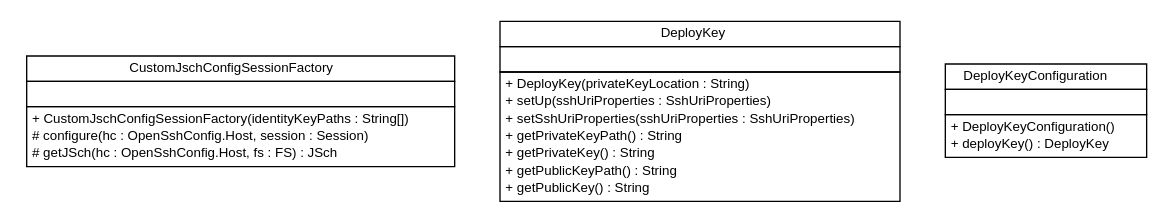
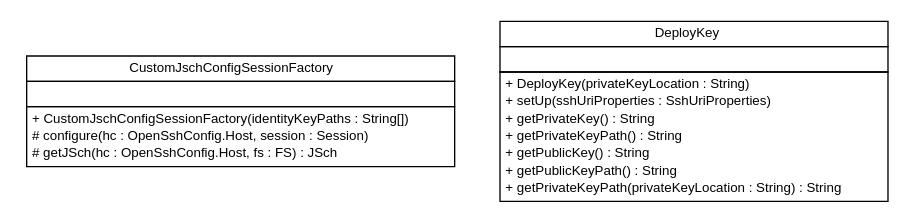
The diagram in snapshot/build-docker/maven-build-java8/spring-cloud-config/spring-cloud-config-server/apidocs/cn/home1/cloud/config/server/ssh/cn.home1.cloud.config.server.ssh.dot (sfeng9d/spring-cloud-config), drawn with Graphviz before and after one commit. The commit also changed 149 other files, not shown here.

Commit message:
Creating site for spring-cloud-config-server-0.0.1-SNAPSHOT

```diff
--- a/snapshot/build-docker/maven-build-java8/spring-cloud-config/spring-cloud-config-server/apidocs/cn/home1/cloud/config/server/ssh/cn.home1.cloud.config.server.ssh.dot
+++ b/snapshot/build-docker/maven-build-java8/spring-cloud-config/spring-cloud-config-server/apidocs/cn/home1/cloud/config/server/ssh/cn.home1.cloud.config.server.ssh.dot
@@ -1,57 +1,44 @@
 #!/usr/local/bin/dot
 #
 # Class diagram 
 # Generated by UMLGraph version R5_6-24-gf6e263 (http://www.umlgraph.org/)
 #
 
 digraph G {
 	edge [fontname="Helvetica",fontsize=10,labelfontname="Helvetica",labelfontsize=10];
 	node [fontname="Helvetica",fontsize=10,shape=plaintext];
 	nodesep=0.25;
 	ranksep=0.5;
 	// cn.home1.cloud.config.server.ssh.CustomJschConfigSessionFactory
-	c82 [label=<<table title="cn.home1.cloud.config.server.ssh.CustomJschConfigSessionFactory" border="0" cellborder="1" cellspacing="0" cellpadding="2" port="p" href="./CustomJschConfigSessionFactory.html">
+	c78 [label=<<table title="cn.home1.cloud.config.server.ssh.CustomJschConfigSessionFactory" border="0" cellborder="1" cellspacing="0" cellpadding="2" port="p" href="./CustomJschConfigSessionFactory.html">
 		<tr><td><table border="0" cellspacing="0" cellpadding="1">
 <tr><td align="center" balign="center"> CustomJschConfigSessionFactory </td></tr>
 		</table></td></tr>
 		<tr><td><table border="0" cellspacing="0" cellpadding="1">
 <tr><td align="left" balign="left">  </td></tr>
 		</table></td></tr>
 		<tr><td><table border="0" cellspacing="0" cellpadding="1">
 <tr><td align="left" balign="left"> + CustomJschConfigSessionFactory(identityKeyPaths : String[]) </td></tr>
 <tr><td align="left" balign="left"> # configure(hc : OpenSshConfig.Host, session : Session) </td></tr>
 <tr><td align="left" balign="left"> # getJSch(hc : OpenSshConfig.Host, fs : FS) : JSch </td></tr>
 		</table></td></tr>
 		</table>>, URL="./CustomJschConfigSessionFactory.html", fontname="Helvetica", fontcolor="black", fontsize=10.0];
 	// cn.home1.cloud.config.server.ssh.DeployKey
-	c83 [label=<<table title="cn.home1.cloud.config.server.ssh.DeployKey" border="0" cellborder="1" cellspacing="0" cellpadding="2" port="p" href="./DeployKey.html">
+	c79 [label=<<table title="cn.home1.cloud.config.server.ssh.DeployKey" border="0" cellborder="1" cellspacing="0" cellpadding="2" port="p" href="./DeployKey.html">
 		<tr><td><table border="0" cellspacing="0" cellpadding="1">
 <tr><td align="center" balign="center"> DeployKey </td></tr>
 		</table></td></tr>
 		<tr><td><table border="0" cellspacing="0" cellpadding="1">
 <tr><td align="left" balign="left">  </td></tr>
 		</table></td></tr>
 		<tr><td><table border="0" cellspacing="0" cellpadding="1">
 <tr><td align="left" balign="left"> + DeployKey(privateKeyLocation : String) </td></tr>
 <tr><td align="left" balign="left"> + setUp(sshUriProperties : SshUriProperties) </td></tr>
-<tr><td align="left" balign="left"> + setSshUriProperties(sshUriProperties : SshUriProperties) </td></tr>
+<tr><td align="left" balign="left"> + getPrivateKey() : String </td></tr>
 <tr><td align="left" balign="left"> + getPrivateKeyPath() : String </td></tr>
-<tr><td align="left" balign="left"> + getPrivateKey() : String </td></tr>
+<tr><td align="left" balign="left"> + getPublicKey() : String </td></tr>
 <tr><td align="left" balign="left"> + getPublicKeyPath() : String </td></tr>
-<tr><td align="left" balign="left"> + getPublicKey() : String </td></tr>
+<tr><td align="left" balign="left"> + getPrivateKeyPath(privateKeyLocation : String) : String </td></tr>
 		</table></td></tr>
 		</table>>, URL="./DeployKey.html", fontname="Helvetica", fontcolor="black", fontsize=10.0];
-	// cn.home1.cloud.config.server.ssh.DeployKeyConfiguration
-	c84 [label=<<table title="cn.home1.cloud.config.server.ssh.DeployKeyConfiguration" border="0" cellborder="1" cellspacing="0" cellpadding="2" port="p" href="./DeployKeyConfiguration.html">
-		<tr><td><table border="0" cellspacing="0" cellpadding="1">
-<tr><td align="center" balign="center"> DeployKeyConfiguration </td></tr>
-		</table></td></tr>
-		<tr><td><table border="0" cellspacing="0" cellpadding="1">
-<tr><td align="left" balign="left">  </td></tr>
-		</table></td></tr>
-		<tr><td><table border="0" cellspacing="0" cellpadding="1">
-<tr><td align="left" balign="left"> + DeployKeyConfiguration() </td></tr>
-<tr><td align="left" balign="left"> + deployKey() : DeployKey </td></tr>
-		</table></td></tr>
-		</table>>, URL="./DeployKeyConfiguration.html", fontname="Helvetica", fontcolor="black", fontsize=10.0];
 }
```
